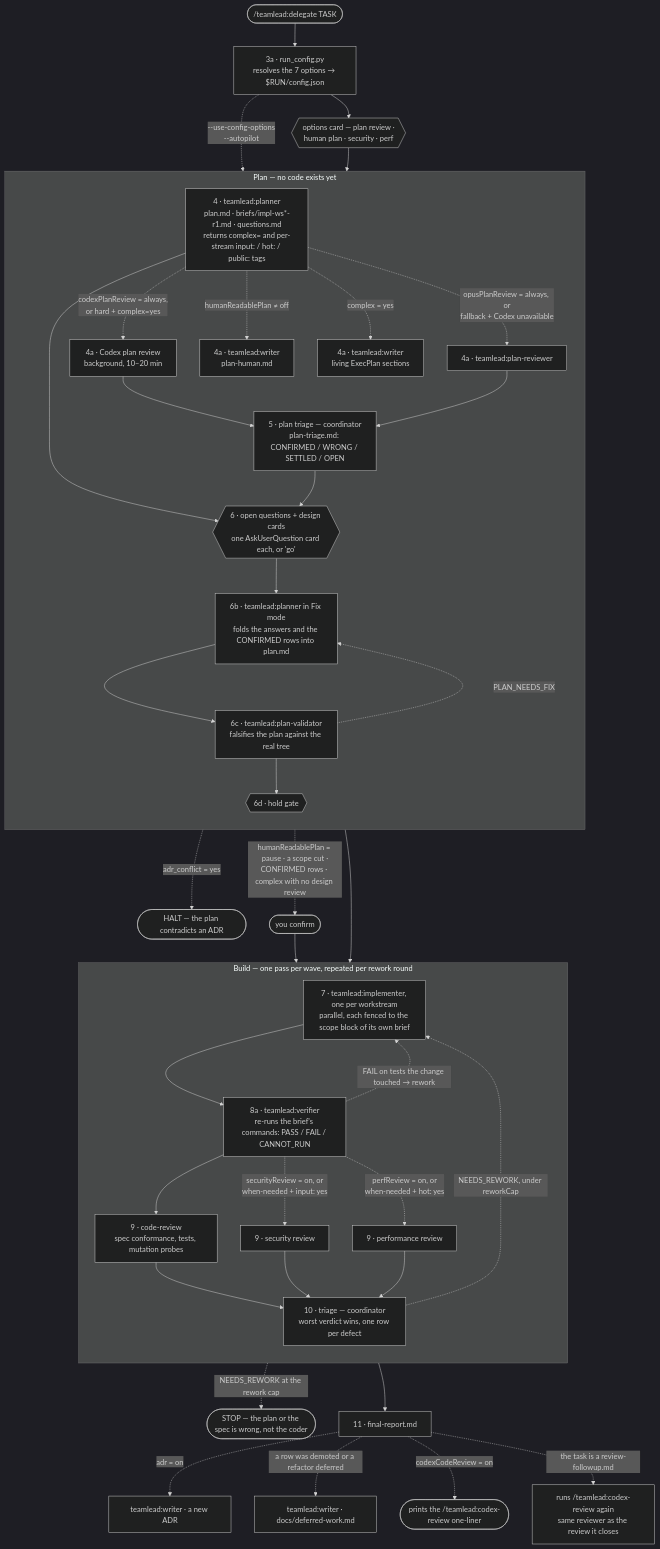
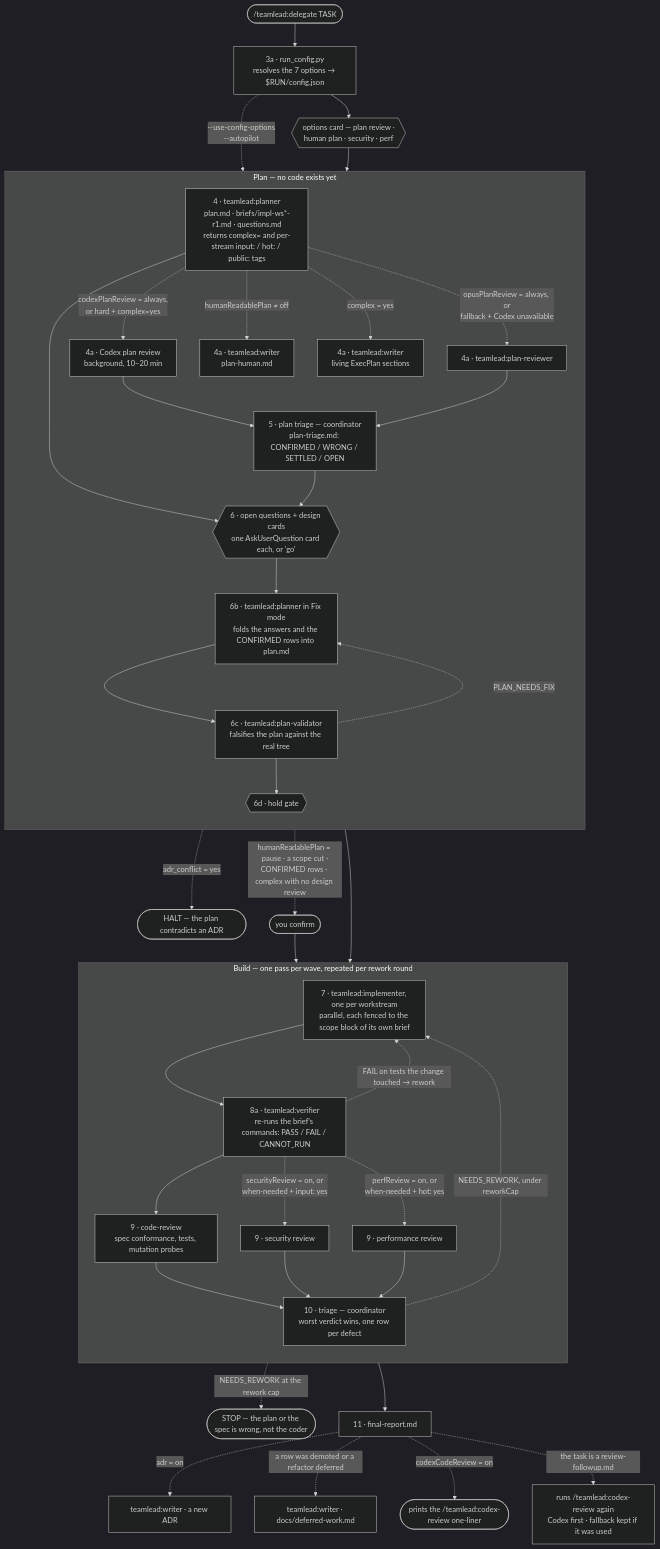
Before and after one commit to tp4k/claude-teamlead: the first of 2 diagrams in README.md, drawn with Mermaid (dark theme). The commit also changed other lines of this file and 6 other files, not shown here.

First line of the commit message:
Address Codex review: resume owes the re-review; scoped contract checks; Codex-first wording

````diff
--- a/README.md
+++ b/README.md
@@ -47,79 +47,79 @@
 ```mermaid
 flowchart TD
     GO(["/teamlead:delegate TASK"])
     CFG["3a · run_config.py<br/>resolves the 7 options → $RUN/config.json"]
     CARD{{"options card — plan review ·<br/>human plan · security · perf"}}
 
     subgraph PLANPHASE["Plan — no code exists yet"]
       direction TB
       PLANNER["4 · teamlead:planner<br/>plan.md · briefs/impl-ws*-r1.md · questions.md<br/>returns complex= and per-stream input: / hot: / public: tags"]
       CODEXPR["4a · Codex plan review<br/>background, 10–20 min"]
       OPUSPR["4a · teamlead:plan-reviewer"]
       HUMAN["4a · teamlead:writer<br/>plan-human.md"]
       LIVING["4a · teamlead:writer<br/>living ExecPlan sections"]
       PTRIAGE["5 · plan triage — coordinator<br/>plan-triage.md: CONFIRMED / WRONG / SETTLED / OPEN"]
       ASK{{"6 · open questions + design cards<br/>one AskUserQuestion card each, or 'go'"}}
       FIX["6b · teamlead:planner in Fix mode<br/>folds the answers and the CONFIRMED rows into plan.md"]
       VALID["6c · teamlead:plan-validator<br/>falsifies the plan against the real tree"]
       HOLD{{"6d · hold gate"}}
     end
 
     subgraph BUILDPHASE["Build — one pass per wave, repeated per rework round"]
       direction TB
       IMPL["7 · teamlead:implementer, one per workstream<br/>parallel, each fenced to the scope block of its own brief"]
       VERIF["8a · teamlead:verifier<br/>re-runs the brief's commands: PASS / FAIL / CANNOT_RUN"]
       CODE["9 · code-review<br/>spec conformance, tests, mutation probes"]
       SEC["9 · security review"]
       PERF["9 · performance review"]
       TRIAGE["10 · triage — coordinator<br/>worst verdict wins, one row per defect"]
     end
 
     HALT(["HALT — the plan contradicts an ADR"])
     YOU(["you confirm"])
     STOP(["STOP — the plan or the spec is wrong, not the coder"])
     REPORT["11 · final-report.md"]
     ADRW["teamlead:writer · a new ADR"]
     LEDGER["teamlead:writer · docs/deferred-work.md"]
     CXR(["prints the /teamlead:codex-review one-liner"])
-    RERUN["runs /teamlead:codex-review again<br/>same reviewer as the review it closes"]
+    RERUN["runs /teamlead:codex-review again<br/>Codex first · fallback kept if it was used"]
 
     GO --> CFG
     CFG --> CARD
     CFG -.->|"--use-config-options<br/>--autopilot"| PLANNER
     CARD --> PLANNER
 
     PLANNER -.->|"codexPlanReview = always,<br/>or hard + complex=yes"| CODEXPR
     PLANNER -.->|"opusPlanReview = always, or<br/>fallback + Codex unavailable"| OPUSPR
     PLANNER -.->|"humanReadablePlan ≠ off"| HUMAN
     PLANNER -.->|"complex = yes"| LIVING
     PLANNER --> ASK
     CODEXPR --> PTRIAGE
     OPUSPR --> PTRIAGE
     PTRIAGE --> ASK
     PTRIAGE -.->|"adr_conflict = yes"| HALT
     ASK --> FIX
     FIX --> VALID
     VALID -.->|"PLAN_NEEDS_FIX"| FIX
     VALID --> HOLD
 
     HOLD -.->|"humanReadablePlan = pause · a scope cut ·<br/>CONFIRMED rows · complex with no design review"| YOU
     YOU --> IMPL
     HOLD --> IMPL
 
     IMPL --> VERIF
     VERIF -.->|"FAIL on tests the change touched → rework"| IMPL
     VERIF --> CODE
     VERIF -.->|"securityReview = on, or<br/>when-needed + input: yes"| SEC
     VERIF -.->|"perfReview = on, or<br/>when-needed + hot: yes"| PERF
     CODE --> TRIAGE
     SEC --> TRIAGE
     PERF --> TRIAGE
     TRIAGE -.->|"NEEDS_REWORK, under reworkCap"| IMPL
 
     TRIAGE -.->|"NEEDS_REWORK at the rework cap"| STOP
     TRIAGE --> REPORT
     REPORT -.->|"adr = on"| ADRW
     REPORT -.->|"a row was demoted or a refactor deferred"| LEDGER
     REPORT -.->|"codexCodeReview = on"| CXR
     REPORT -.->|"the task is a review-followup.md"| RERUN
 ```
````
